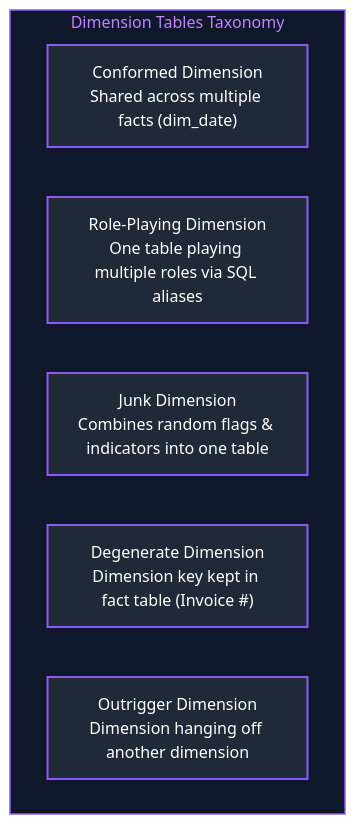
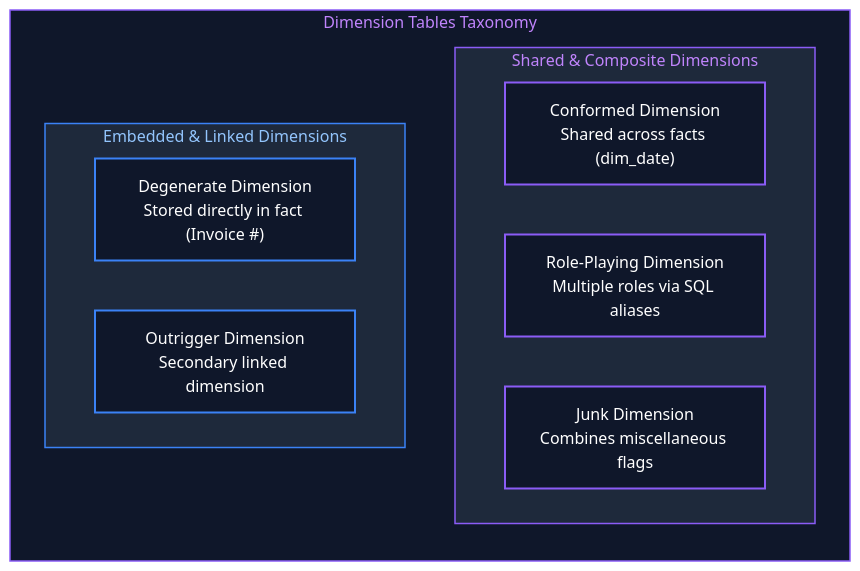
Before and after one commit to joydeep-biswas/Interview-Preparation: diagram 15 of 22 in Data Engineering/06_data_architecture_and_modeling.md, drawn with Mermaid. The commit also changed other lines of this file and 76 other files, not shown here.

Commit message:
Updated Charts

````diff
--- a/Data Engineering/06_data_architecture_and_modeling.md
+++ b/Data Engineering/06_data_architecture_and_modeling.md
@@ -743,18 +756,26 @@
 ```mermaid
-flowchart TD
+flowchart LR
     subgraph DimensionTaxonomy ["Dimension Tables Taxonomy"]
-        CD["Conformed Dimension<br/>Shared across multiple facts (dim_date)"]
-        RPD["Role-Playing Dimension<br/>One table playing multiple roles via SQL aliases"]
-        JD["Junk Dimension<br/>Combines random flags & indicators into one table"]
-        DD["Degenerate Dimension<br/>Dimension key kept in fact table (Invoice #)"]
-        OD["Outrigger Dimension<br/>Dimension hanging off another dimension"]
+        subgraph Row1 ["Shared & Composite Dimensions"]
+            direction LR
+            CD["Conformed Dimension<br/>Shared across facts (dim_date)"]
+            RPD["Role-Playing Dimension<br/>Multiple roles via SQL aliases"]
+            JD["Junk Dimension<br/>Combines miscellaneous flags"]
+        end
+        subgraph Row2 ["Embedded & Linked Dimensions"]
+            direction LR
+            DD["Degenerate Dimension<br/>Stored directly in fact (Invoice #)"]
+            OD["Outrigger Dimension<br/>Secondary linked dimension"]
+        end
     end
 
     style DimensionTaxonomy fill:#0f172a,stroke:#8b5cf6,stroke-width:1.5px,color:#c084fc
+    style Row1 fill:#1e293b,stroke:#8b5cf6,stroke-width:1.5px,color:#c084fc
+    style Row2 fill:#1e293b,stroke:#3b82f6,stroke-width:1.5px,color:#93c5fd
 
-    style CD fill:#1f2937,stroke:#8b5cf6,stroke-width:2px,color:#fff
-    style RPD fill:#1f2937,stroke:#8b5cf6,stroke-width:2px,color:#fff
-    style JD fill:#1f2937,stroke:#8b5cf6,stroke-width:2px,color:#fff
-    style DD fill:#1f2937,stroke:#8b5cf6,stroke-width:2px,color:#fff
-    style OD fill:#1f2937,stroke:#8b5cf6,stroke-width:2px,color:#fff
+    style CD fill:#0f172a,stroke:#8b5cf6,stroke-width:2px,color:#fff
+    style RPD fill:#0f172a,stroke:#8b5cf6,stroke-width:2px,color:#fff
+    style JD fill:#0f172a,stroke:#8b5cf6,stroke-width:2px,color:#fff
+    style DD fill:#0f172a,stroke:#3b82f6,stroke-width:2px,color:#fff
+    style OD fill:#0f172a,stroke:#3b82f6,stroke-width:2px,color:#fff
 ```
````
